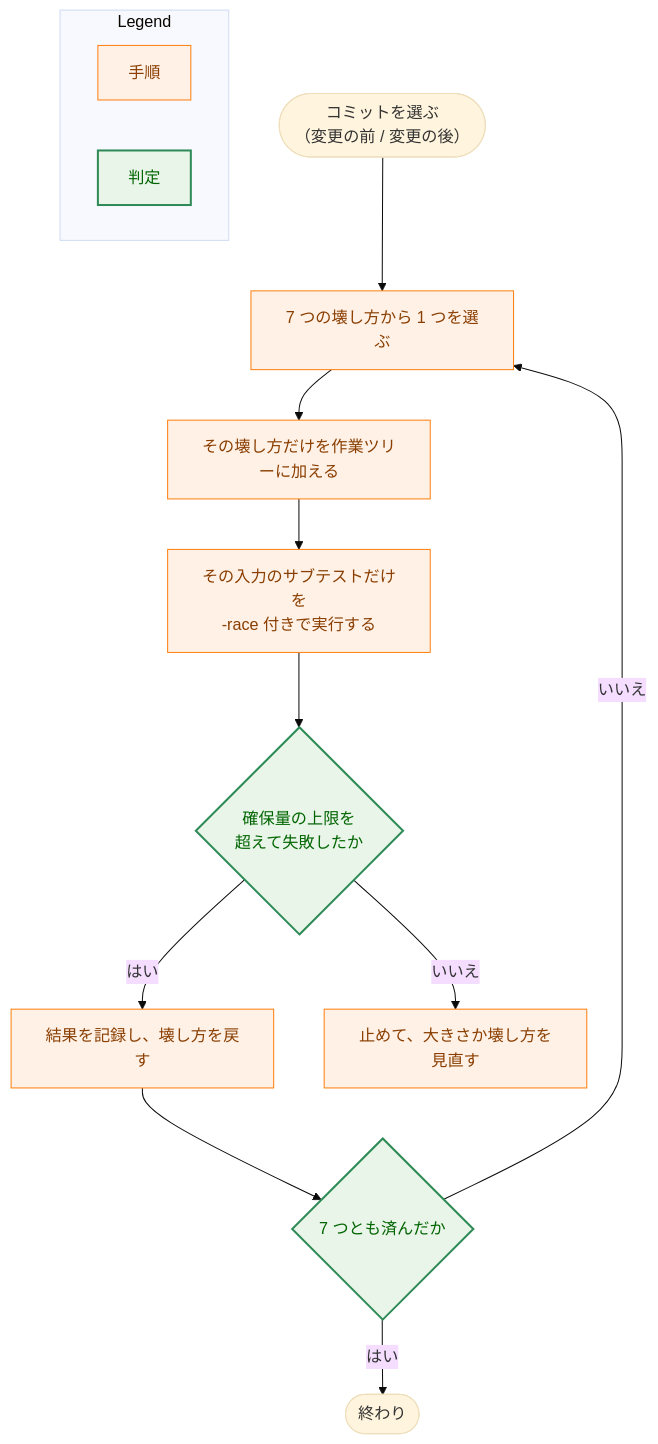
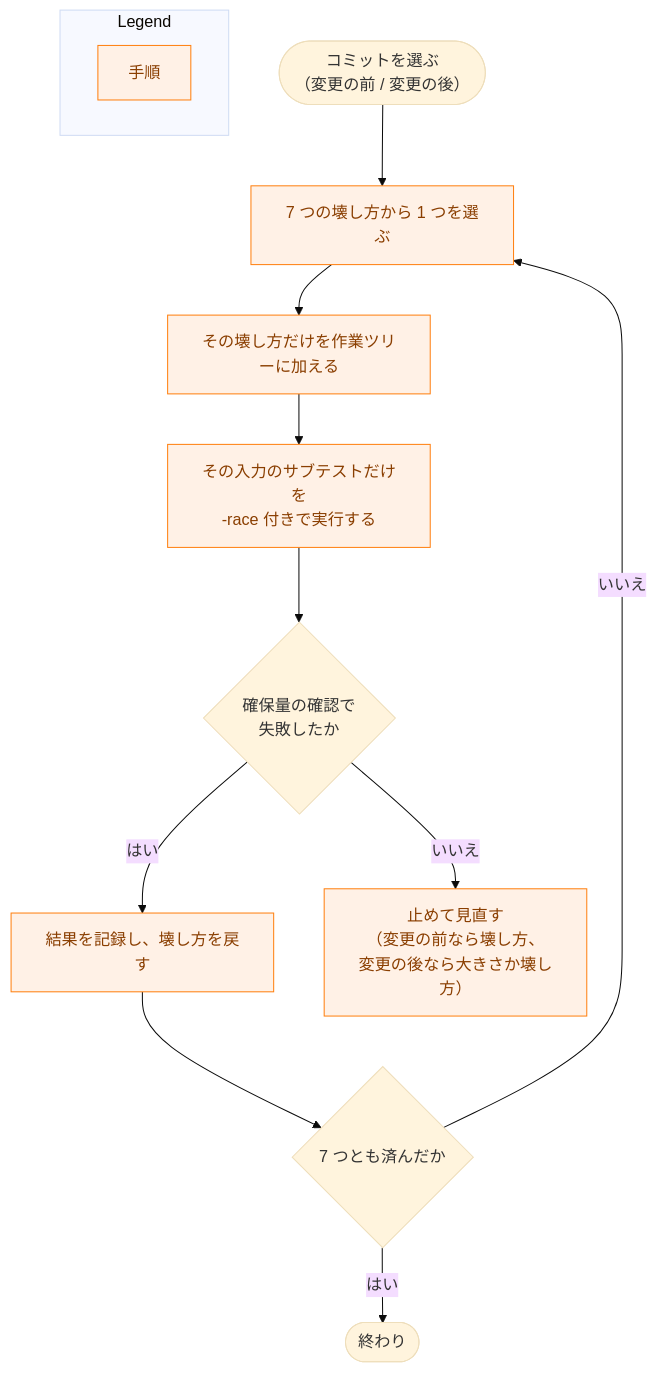
Before and after one commit to isseis/yt2column: the fourth of 5 diagrams in docs/tasks/0129_race_test_speedup/02_architecture.md, drawn with Mermaid (base theme). The commit also changed other lines of this file and 1 other file, not shown here.

First line of the commit message:
docs(0129): address the architecture review and improve its prose

````diff
--- a/docs/tasks/0129_race_test_speedup/02_architecture.md
+++ b/docs/tasks/0129_race_test_speedup/02_architecture.md
@@ -413,31 +444,27 @@
 ```mermaid
 flowchart TD
     classDef process fill:#fff1e6,stroke:#ff7f0e,stroke-width:1px,color:#8a3e00;
-    classDef enhanced fill:#e8f5e8,stroke:#2e8b57,stroke-width:2px,color:#006400;
 
     START(["コミットを選ぶ<br>（変更の前 / 変更の後）"])
     PICK["7 つの壊し方から 1 つを選ぶ"]
     BREAK["その壊し方だけを作業ツリーに加える"]
     RUN["その入力のサブテストだけを<br>-race 付きで実行する"]
-    CHECK{"確保量の上限を<br>超えて失敗したか"}
+    CHECK{"確保量の確認で<br>失敗したか"}
     REC["結果を記録し、壊し方を戻す"]
-    STOP["止めて、大きさか壊し方を見直す"]
+    STOP["止めて見直す<br>（変更の前なら壊し方、<br>変更の後なら大きさか壊し方）"]
     NEXT{"7 つとも済んだか"}
     DONE(["終わり"])
 
     START --> PICK --> BREAK --> RUN --> CHECK
     CHECK -->|"はい"| REC --> NEXT
     CHECK -->|"いいえ"| STOP
     NEXT -->|"いいえ"| PICK
     NEXT -->|"はい"| DONE
 
     class PICK,BREAK,RUN,REC,STOP process
-    class CHECK,NEXT enhanced
 
     subgraph Legend["Legend"]
         L1["手順"]
-        L2["判定"]
     end
     class L1 process
-    class L2 enhanced
 ```
````
